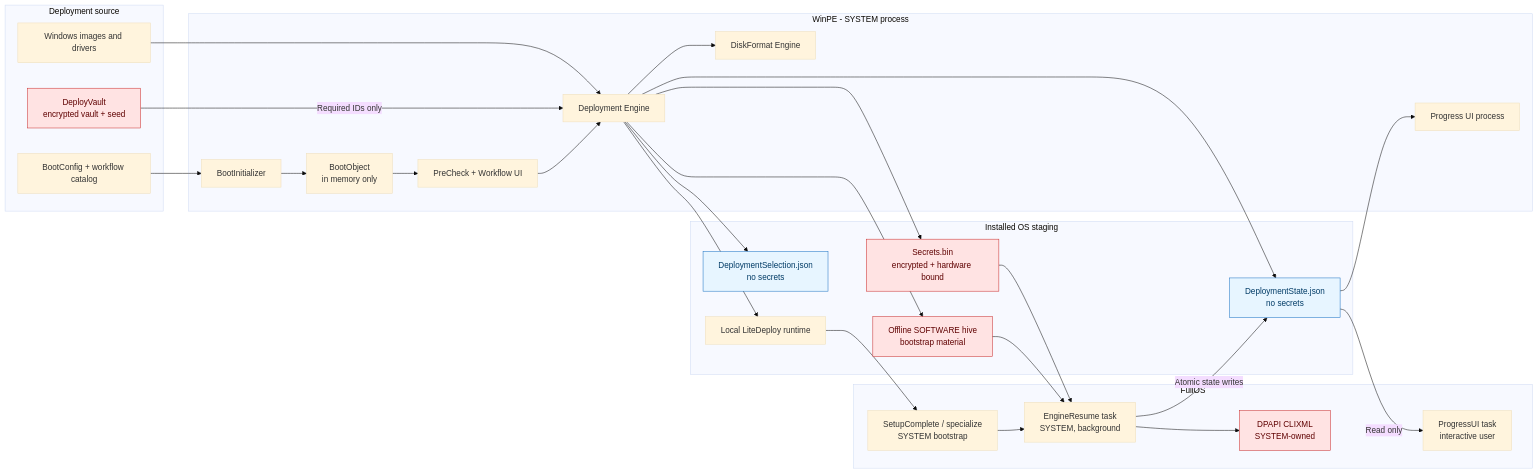
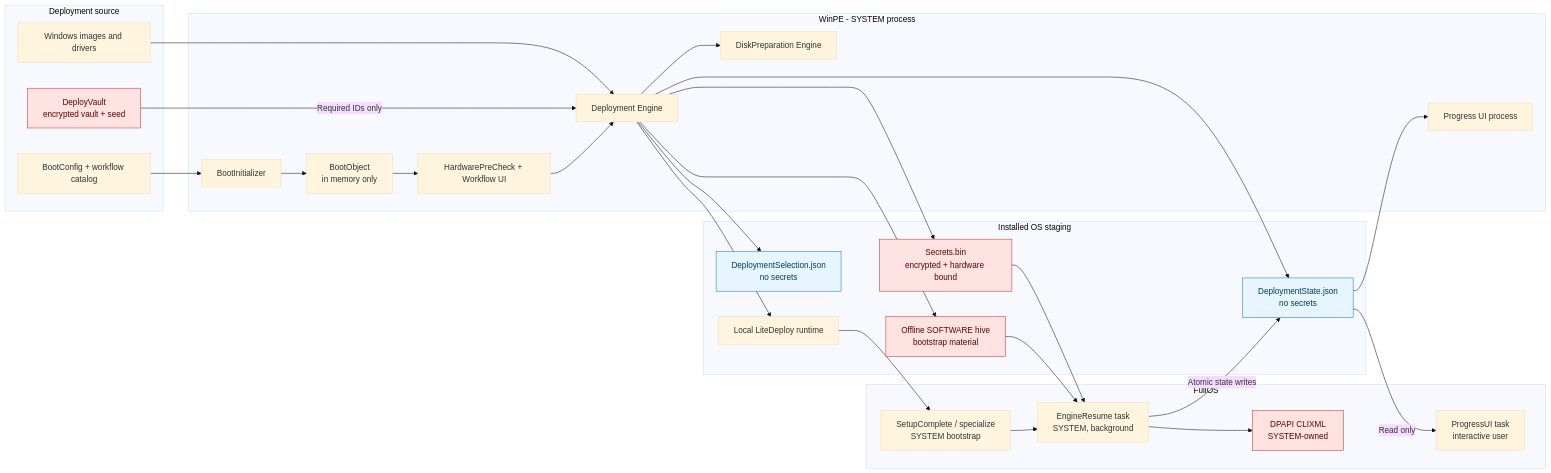
The second of 4 diagrams in _Docs/architecture/LITEDEPLOY_DEPLOYMENT_DIAGRAM.md (cmartinezone/LiteDeploy-Core), drawn with Mermaid (base theme) before and after one commit. The commit also changed other lines of this file and 95 other files, not shown here.

````diff
--- a/_Docs/architecture/LITEDEPLOY_DEPLOYMENT_DIAGRAM.md
+++ b/_Docs/architecture/LITEDEPLOY_DEPLOYMENT_DIAGRAM.md
@@ -77,55 +77,55 @@
 ```mermaid
 flowchart LR
     subgraph Server[Deployment source]
         Config[BootConfig + workflow catalog]
         Content[Windows images and drivers]
         DV[DeployVault<br/>encrypted vault + seed]
     end
 
     subgraph PE[WinPE - SYSTEM process]
         BI[BootInitializer]
-        UI[PreCheck + Workflow UI]
+        UI[HardwarePreCheck + Workflow UI]
         EPE[Deployment Engine]
-        DF[DiskFormat Engine]
+        DF[DiskPreparation Engine]
         PPE[Progress UI process]
         BO[BootObject<br/>in memory only]
     end
 
     subgraph Disk[Installed OS staging]
         Sel[DeploymentSelection.json<br/>no secrets]
         State[DeploymentState.json<br/>no secrets]
         Bin[Secrets.bin<br/>encrypted + hardware bound]
         Hive[Offline SOFTWARE hive<br/>bootstrap material]
         Runtime[Local LiteDeploy runtime]
     end
 
     subgraph OS[FullOS]
         Bootstrap[SetupComplete / specialize<br/>SYSTEM bootstrap]
         Engine[EngineResume task<br/>SYSTEM, background]
         Secrets[DPAPI CLIXML<br/>SYSTEM-owned]
         PUI[ProgressUI task<br/>interactive user]
     end
 
     Config --> BI
     Content --> EPE
     DV -->|Required IDs only| EPE
     BI --> BO --> UI --> EPE
     EPE --> DF
     EPE --> Sel
     EPE --> State
     EPE --> Bin
     EPE --> Hive
     EPE --> Runtime
     State --> PPE
     Runtime --> Bootstrap --> Engine
     Bin --> Engine
     Hive --> Engine
     Engine --> Secrets
     Engine -->|Atomic state writes| State
     State -->|Read only| PUI
 
     classDef secret fill:#ffe3e3,stroke:#c92a2a,color:#5f0000
     classDef state fill:#e7f5ff,stroke:#1971c2,color:#003b66
     class DV,Bin,Hive,Secrets secret
     class Sel,State state
 ```
````
